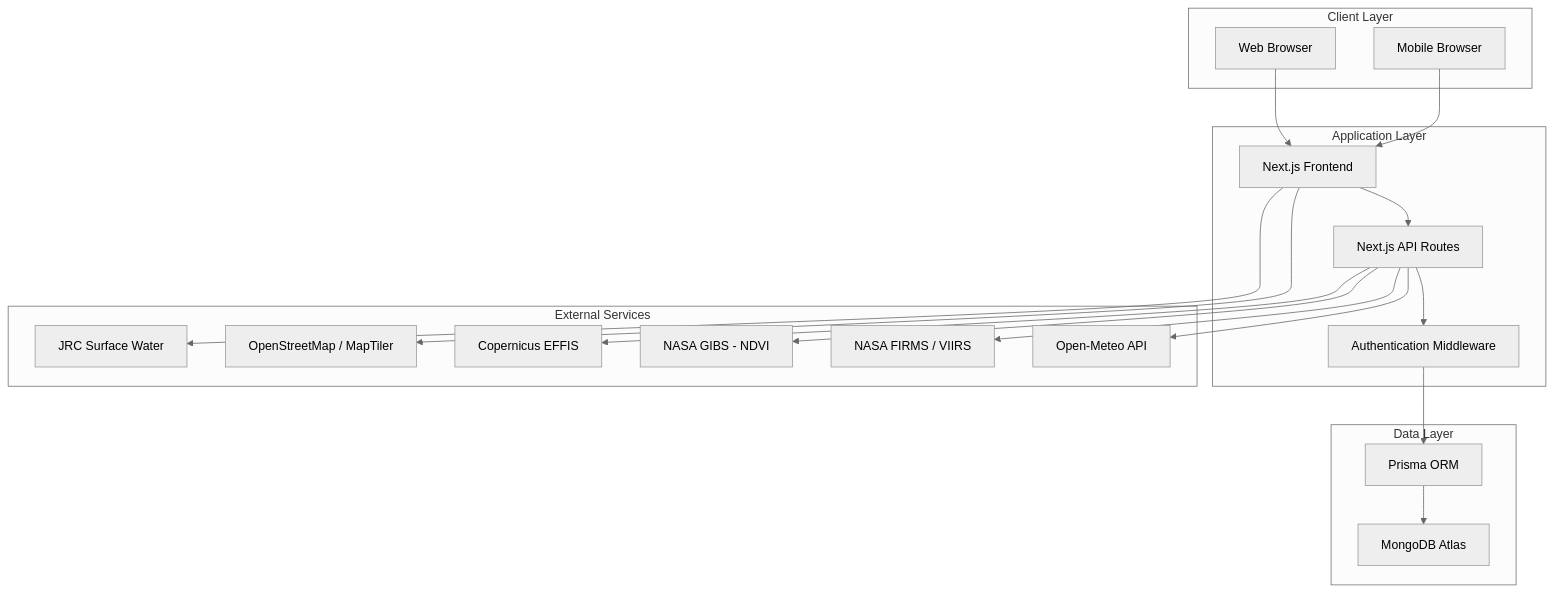
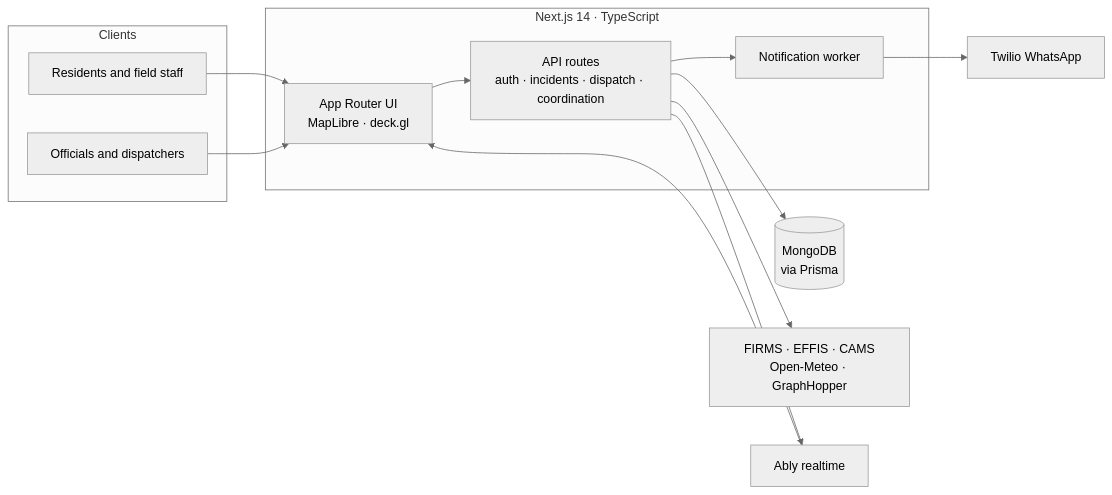
One commit to MTC-123/capestone-final changed the diagram in README.md. Above: the diagram before and after it, drawn with Mermaid (neutral theme). The commit also changed other lines of this file and 37 other files, not shown here.

````diff
--- a/README.md
+++ b/README.md
@@ -186,40 +62,24 @@
 ```mermaid
-graph TB
-    subgraph "Client Layer"
-        A[Web Browser]
-        B[Mobile Browser]
+flowchart LR
+    subgraph Clients
+        R[Residents and field staff]
+        O[Officials and dispatchers]
     end
+    subgraph App["Next.js 14 · TypeScript"]
+        UI[App Router UI<br/>MapLibre · deck.gl]
+        API[API routes<br/>auth · incidents · dispatch · coordination]
+        W[Notification worker]
+    end
+    DB[(MongoDB<br/>via Prisma)]
+    EXT[FIRMS · EFFIS · CAMS<br/>Open-Meteo · GraphHopper]
+    MSG[Twilio WhatsApp]
+    RT[Ably realtime]
 
-    subgraph "Application Layer"
-        C[Next.js Frontend]
-        D[Next.js API Routes]
-        E[Authentication Middleware]
-    end
-
-    subgraph "Data Layer"
-        F[MongoDB Atlas]
-        G[Prisma ORM]
-    end
-
-    subgraph "External Services"
-        H[Open-Meteo API]
-        I[OpenStreetMap / MapTiler]
-        J[NASA FIRMS / VIIRS]
-        K[NASA GIBS - NDVI]
-        L[Copernicus EFFIS]
-        M[JRC Surface Water]
-    end
-
-    A --> C
-    B --> C
-    C --> D
-    D --> E
-    E --> G
-    G --> F
-    D --> H
-    C --> I
-    D --> J
-    D --> K
-    D --> L
-    C --> M
+    R --> UI
+    O --> UI
+    UI --> API
+    API --> DB
+    API --> EXT
+    API --> W --> MSG
+    API --> RT --> UI
 ```
````
